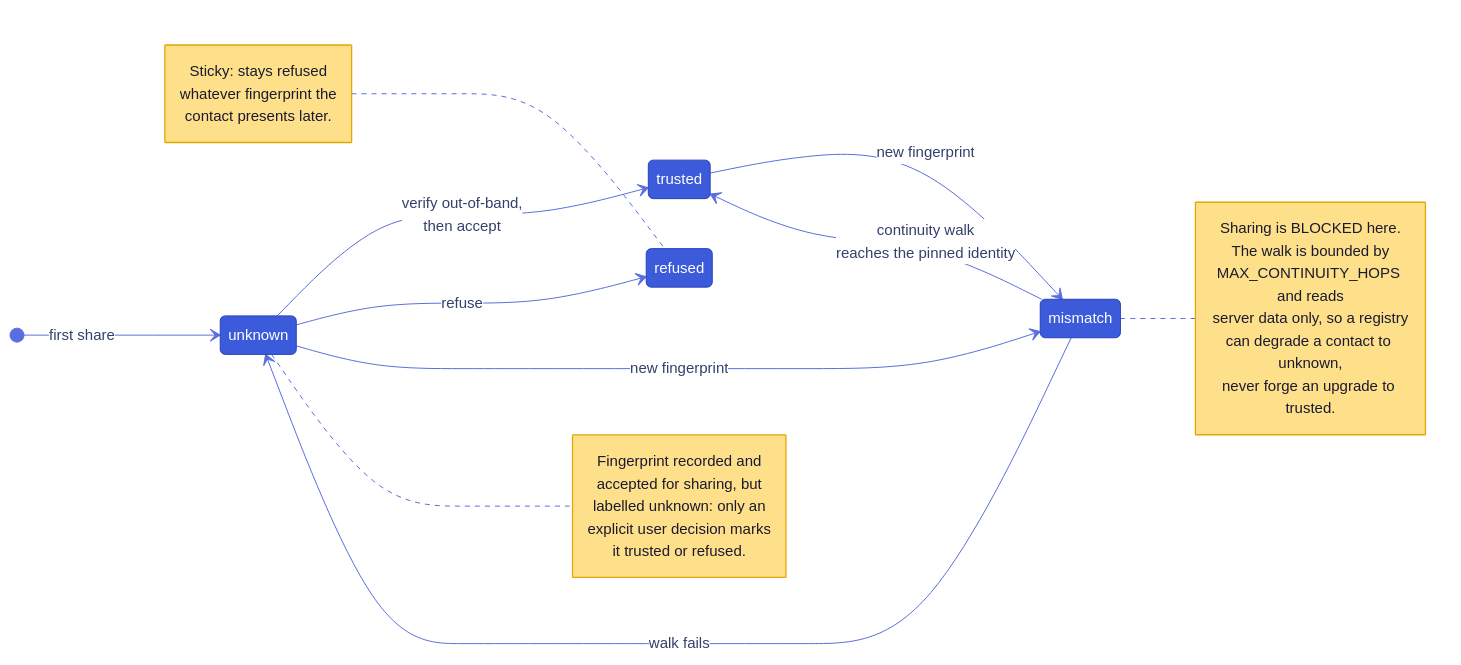
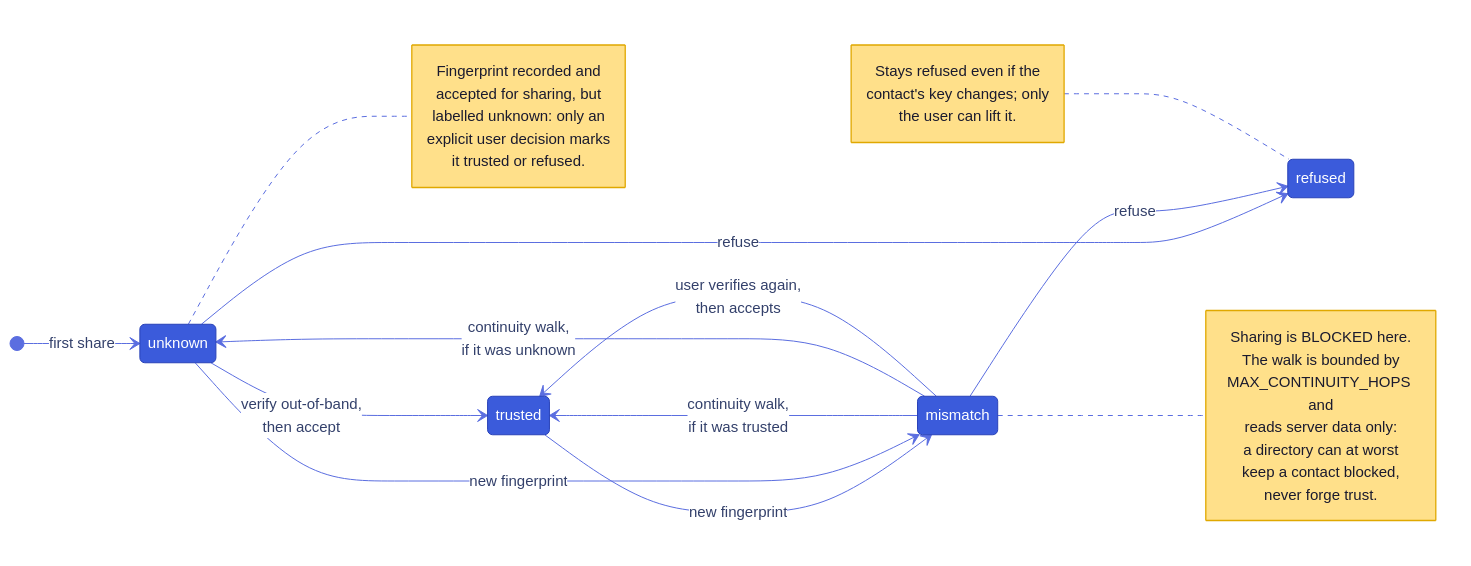
One commit to suitenumerique/encryption changed the seventh of 23 diagrams in architecture.md. Above: the diagram before and after it, drawn with Mermaid. The commit also changed other lines of this file and 12 other files, not shown here.

````diff
--- a/architecture.md
+++ b/architecture.md
@@ -678,32 +699,35 @@
 ```mermaid
-%%{init: {'theme':'base','themeVariables':{'fontSize':'15px','primaryColor':'#3b5bdb','primaryTextColor':'#fff','primaryBorderColor':'#2942b8','lineColor':'#5b6ee0','tertiaryColor':'#fff','labelBackgroundColor':'#ffffff','edgeLabelBackground':'#ffffff','transitionColor':'#5b6ee0','transitionLabelColor':'#33406b','noteBkgColor':'#ffe08a','noteTextColor':'#1a1a2e','noteBorderColor':'#e0a800'},'themeCSS':'.edgeLabel p{background-color:#fff;padding:4px 10px;border-radius:5px;margin:0;} .edgeLabel .labelBkg{background:transparent;} .statediagram-state .nodeLabel p{font-size:15px;padding:5px 12px;margin:0;}','stateDiagram':{'nodeSpacing':70,'rankSpacing':110,'useMaxWidth':true}}}%%
+%%{init: {'theme':'base','look':'classic','themeVariables':{'fontSize':'15px','primaryColor':'#3b5bdb','primaryTextColor':'#fff','primaryBorderColor':'#2942b8','lineColor':'#5b6ee0','tertiaryColor':'#fff','labelBackgroundColor':'#ffffff','edgeLabelBackground':'#ffffff','transitionColor':'#5b6ee0','transitionLabelColor':'#33406b','noteBkgColor':'#ffe08a','noteTextColor':'#1a1a2e','noteBorderColor':'#e0a800'},'themeCSS':'.edgeLabel p{background-color:#fff;padding:4px 10px;border-radius:5px;margin:0;} .edgeLabel .labelBkg{background:transparent;} .statediagram-state .nodeLabel p{font-size:15px;padding:5px 12px;margin:0;}','stateDiagram':{'nodeSpacing':70,'rankSpacing':110,'useMaxWidth':true}}}%%
 stateDiagram-v2
   direction LR
   [*] --> unknown: first share
   unknown --> trusted: verify out-of-band,<br/>then accept
   unknown --> refused: refuse
   trusted --> mismatch: new fingerprint
   unknown --> mismatch: new fingerprint
-  mismatch --> trusted: continuity walk<br/>reaches the pinned identity
-  mismatch --> unknown: walk fails
+  mismatch --> trusted: continuity walk,<br/>if it was trusted
+  mismatch --> unknown: continuity walk,<br/>if it was unknown
+  mismatch --> trusted: user verifies again,<br/>then accepts
+  mismatch --> refused: refuse
   note right of unknown
     Fingerprint recorded and
     accepted for sharing, but
     labelled unknown: only an
     explicit user decision marks
     it trusted or refused.
   end note
   note left of refused
-    Sticky: stays refused
-    whatever fingerprint the
-    contact presents later.
+    Stays refused even if the
+    contact's key changes; only
+    the user can lift it.
   end note
   note right of mismatch
     Sharing is BLOCKED here.
     The walk is bounded by
-    MAX_CONTINUITY_HOPS and reads
-    server data only, so a registry
-    can degrade a contact to unknown,
-    never forge an upgrade to trusted.
+    MAX_CONTINUITY_HOPS and
+    reads server data only:
+    a directory can at worst
+    keep a contact blocked,
+    never forge trust.
   end note
 ```
````
